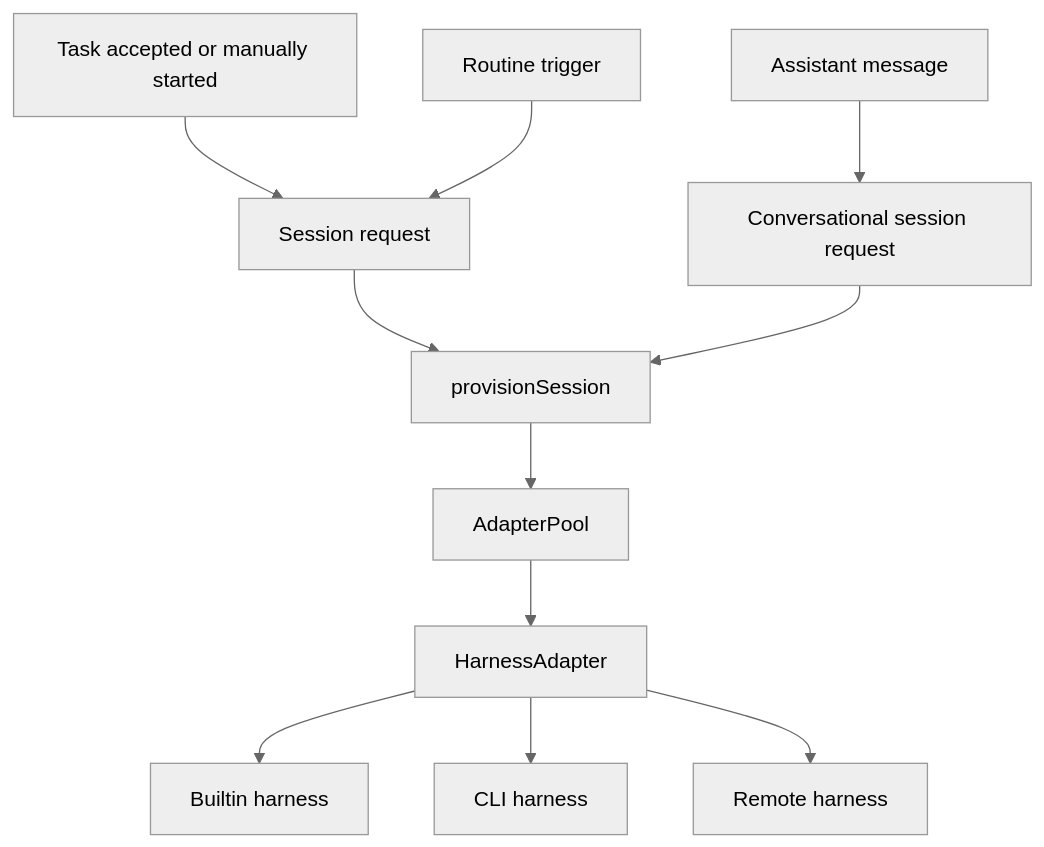
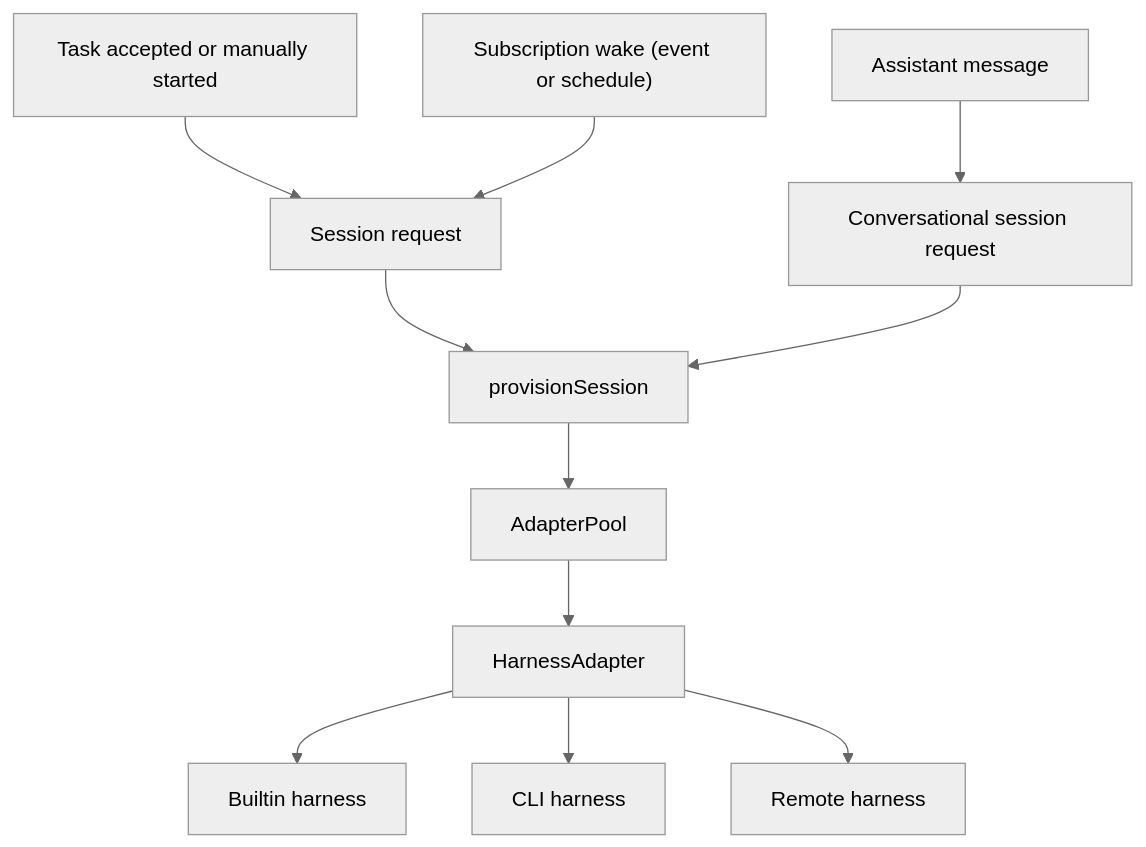
Diagram 13 of 13 in docs/architecture/as-implemented-domain-architecture.md (idle-builders/hyperidle), drawn with Mermaid (neutral theme) before and after one commit. The commit also changed other lines of this file and 653 other files, not shown here.

````diff
--- a/docs/architecture/as-implemented-domain-architecture.md
+++ b/docs/architecture/as-implemented-domain-architecture.md
@@ -329,15 +358,15 @@
 ```mermaid
 flowchart TB
   Task["Task accepted or manually started"] --> SessionRequest["Session request"]
-  Routine["Routine trigger"] --> SessionRequest
+  SubscriptionWake["Subscription wake (event or schedule)"] --> SessionRequest
   Assistant["Assistant message"] --> ConversationSession["Conversational session request"]
 
   SessionRequest --> Provision["provisionSession"]
   ConversationSession --> Provision
   Provision --> AdapterPool["AdapterPool"]
   AdapterPool --> HarnessAdapter["HarnessAdapter"]
 
   HarnessAdapter --> Builtin["Builtin harness"]
   HarnessAdapter --> CLI["CLI harness"]
   HarnessAdapter --> Remote["Remote harness"]
 ```
````
